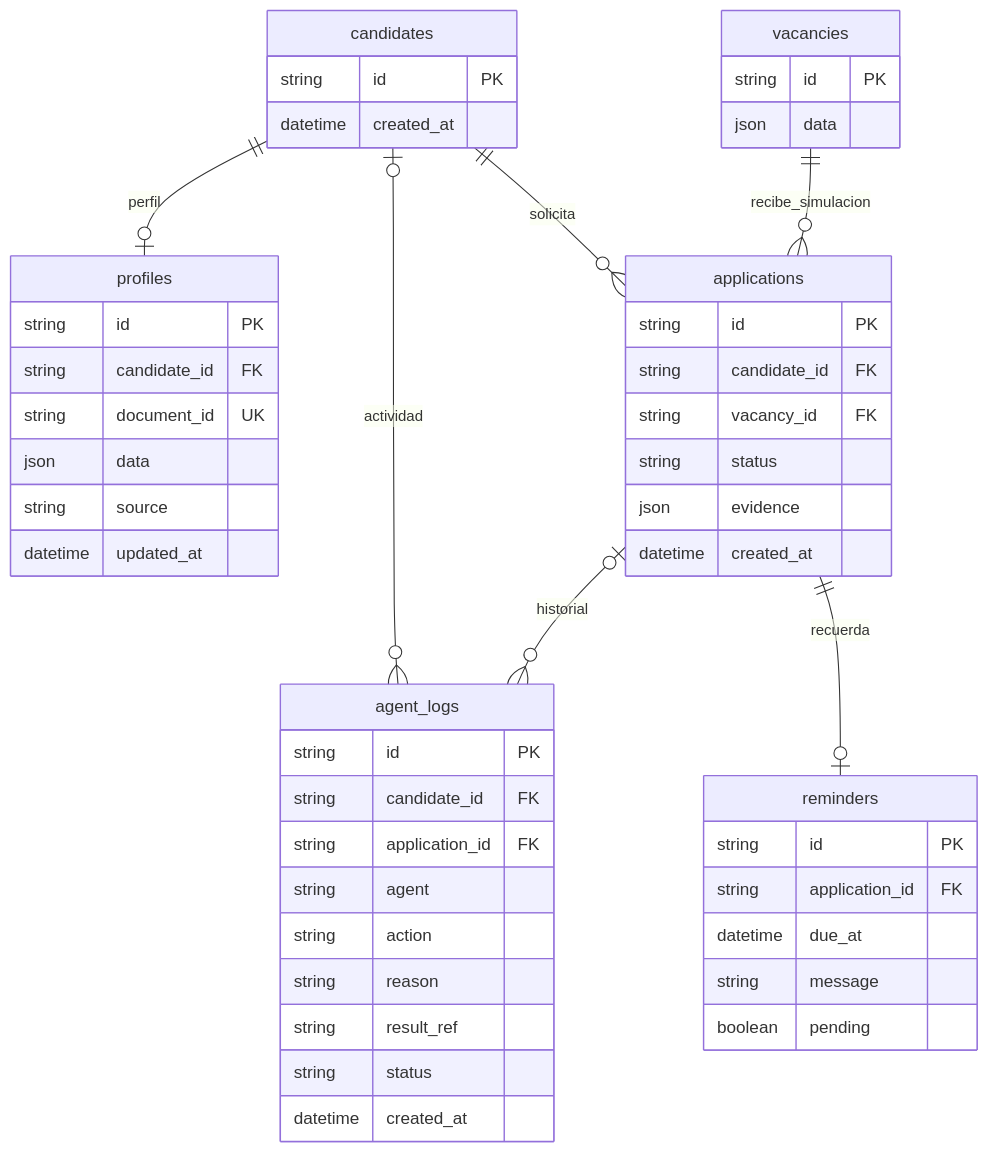
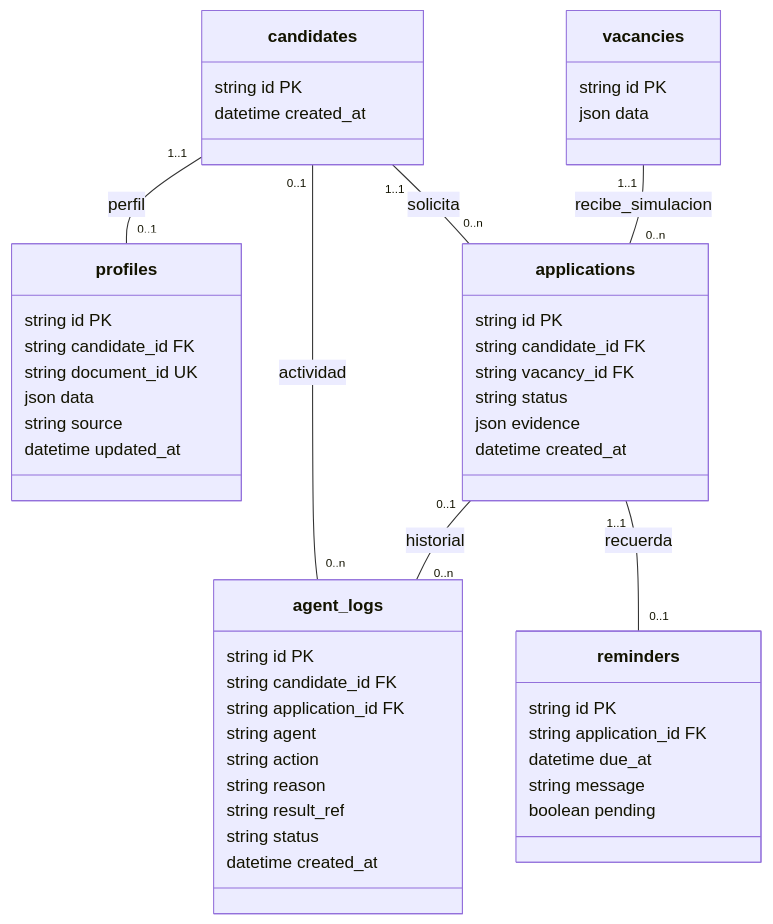
Before and after one commit to D4vidC-3/Proyecto-ing-Software: the second of 5 diagrams in docs/entrega2/ARQUITECTURA.md, drawn with Mermaid.

Commit message:
ER diagram fix

````diff
--- a/docs/entrega2/ARQUITECTURA.md
+++ b/docs/entrega2/ARQUITECTURA.md
@@ -109,15 +109,52 @@
 ```mermaid
-erDiagram
-  candidates ||--o| profiles : perfil
-  candidates ||--o{ applications : solicita
-  vacancies ||--o{ applications : recibe_simulacion
-  applications ||--o| reminders : recuerda
-  candidates o|--o{ agent_logs : actividad
-  applications o|--o{ agent_logs : historial
-  candidates { string id PK datetime created_at }
-  profiles { string id PK string candidate_id FK string document_id UK json data string source datetime updated_at }
-  vacancies { string id PK json data }
-  applications { string id PK string candidate_id FK string vacancy_id FK string status json evidence datetime created_at }
-  reminders { string id PK string application_id FK datetime due_at string message boolean pending }
-  agent_logs { string id PK string candidate_id FK string application_id FK string agent string action string reason string result_ref string status datetime created_at }
+classDiagram
+  candidates "1..1" -- "0..1" profiles : perfil
+  candidates "1..1" -- "0..n" applications : solicita
+  vacancies "1..1" -- "0..n" applications : recibe_simulacion
+  applications "1..1" -- "0..1" reminders : recuerda
+  candidates "0..1" -- "0..n" agent_logs : actividad
+  applications "0..1" -- "0..n" agent_logs : historial
+
+  class candidates {
+    string id PK
+    datetime created_at
+  }
+  class profiles {
+    string id PK
+    string candidate_id FK
+    string document_id UK
+    json data
+    string source
+    datetime updated_at
+  }
+  class vacancies {
+    string id PK
+    json data
+  }
+  class applications {
+    string id PK
+    string candidate_id FK
+    string vacancy_id FK
+    string status
+    json evidence
+    datetime created_at
+  }
+  class reminders {
+    string id PK
+    string application_id FK
+    datetime due_at
+    string message
+    boolean pending
+  }
+  class agent_logs {
+    string id PK
+    string candidate_id FK
+    string application_id FK
+    string agent
+    string action
+    string reason
+    string result_ref
+    string status
+    datetime created_at
+  }
 ```
````
